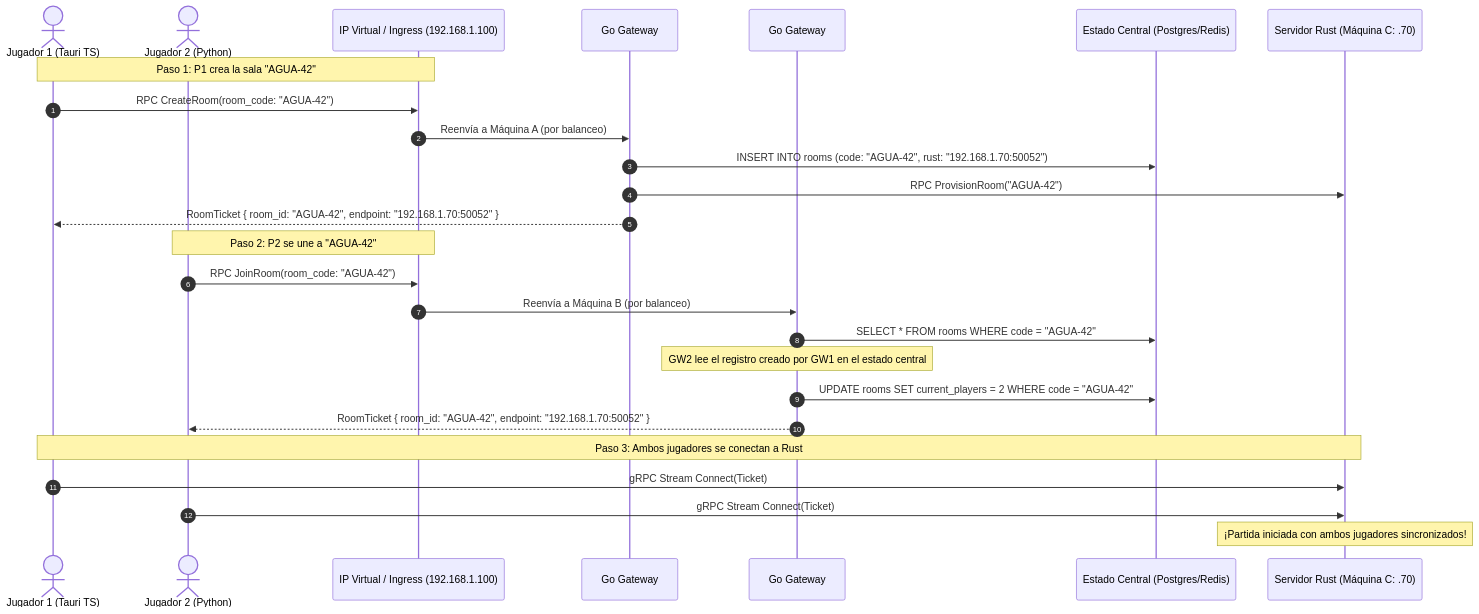
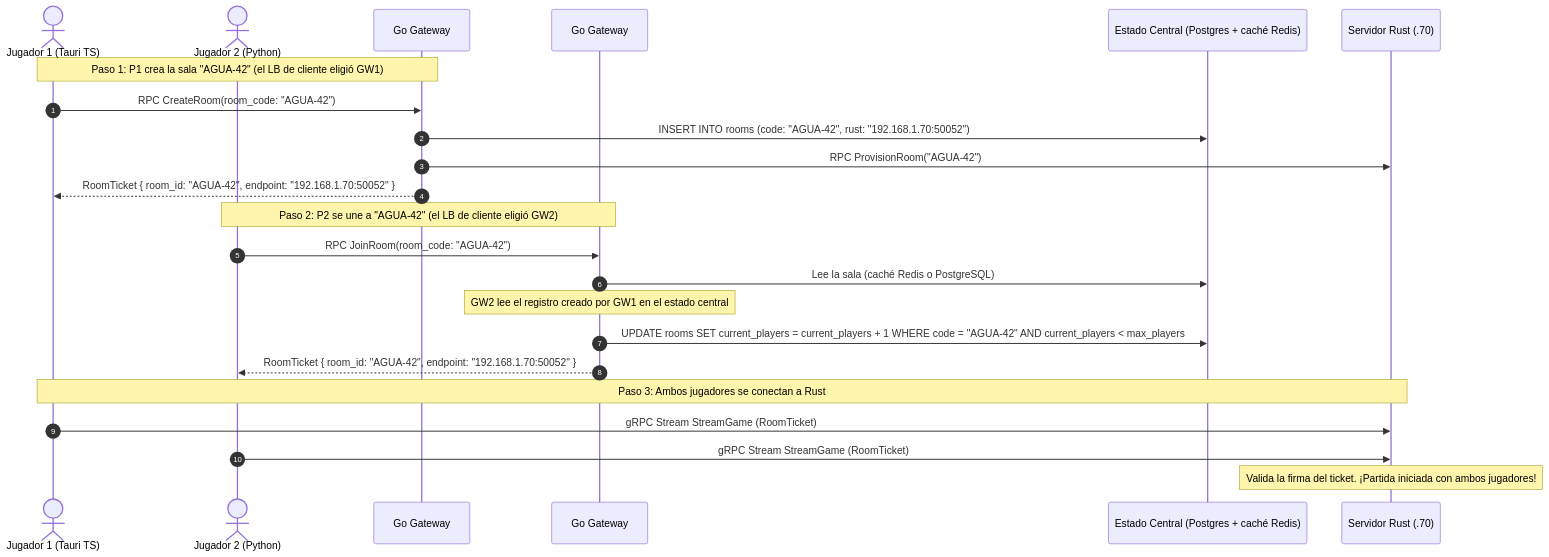
Before and after one commit to emiliofalconi/ecostream-3r: the diagram in docs/GATEWAYS_REDUNDANTES_Y_COMUNICACION.md, drawn with Mermaid. The commit also changed other lines of this file and 2 other files, not shown here.

Commit message:
docs: unificar punto de entrada (DNS + LB cliente), cola acotada, Redis como cache, gracia 10s y contratos en planificacion, UML y gateways

````diff
--- a/docs/GATEWAYS_REDUNDANTES_Y_COMUNICACION.md
+++ b/docs/GATEWAYS_REDUNDANTES_Y_COMUNICACION.md
@@ -150,31 +115,28 @@
 ```mermaid
 sequenceDiagram
     autonumber
     actor P1 as Jugador 1 (Tauri TS)
     actor P2 as Jugador 2 (Python)
-    participant VIP as IP Virtual / Ingress (192.168.1.100)
-    participant GW1 as Go Gateway #1 (Máquina A: .51)
-    participant GW2 as Go Gateway #2 (Máquina B: .52)
-    participant Shared as Estado Central (Postgres/Redis)
-    participant Rust as Servidor Rust (Máquina C: .70)
+    participant GW1 as Go Gateway #1 (.51)
+    participant GW2 as Go Gateway #2 (.52)
+    participant Shared as Estado Central (Postgres + caché Redis)
+    participant Rust as Servidor Rust (.70)
 
-    Note over P1,VIP: Paso 1: P1 crea la sala "AGUA-42"
-    P1->>VIP: RPC CreateRoom(room_code: "AGUA-42")
-    VIP->>GW1: Reenvía a Máquina A (por balanceo)
+    Note over P1,GW1: Paso 1: P1 crea la sala "AGUA-42" (el LB de cliente eligió GW1)
+    P1->>GW1: RPC CreateRoom(room_code: "AGUA-42")
     GW1->>Shared: INSERT INTO rooms (code: "AGUA-42", rust: "192.168.1.70:50052")
     GW1->>Rust: RPC ProvisionRoom("AGUA-42")
     GW1-->>P1: RoomTicket { room_id: "AGUA-42", endpoint: "192.168.1.70:50052" }
 
-    Note over P2,VIP: Paso 2: P2 se une a "AGUA-42"
-    P2->>VIP: RPC JoinRoom(room_code: "AGUA-42")
-    VIP->>GW2: Reenvía a Máquina B (por balanceo)
-    GW2->>Shared: SELECT * FROM rooms WHERE code = "AGUA-42"
+    Note over P2,GW2: Paso 2: P2 se une a "AGUA-42" (el LB de cliente eligió GW2)
+    P2->>GW2: RPC JoinRoom(room_code: "AGUA-42")
+    GW2->>Shared: Lee la sala (caché Redis o PostgreSQL)
     Note over GW2: GW2 lee el registro creado por GW1 en el estado central
-    GW2->>Shared: UPDATE rooms SET current_players = 2 WHERE code = "AGUA-42"
+    GW2->>Shared: UPDATE rooms SET current_players = current_players + 1 WHERE code = "AGUA-42" AND current_players < max_players
     GW2-->>P2: RoomTicket { room_id: "AGUA-42", endpoint: "192.168.1.70:50052" }
 
     Note over P1,Rust: Paso 3: Ambos jugadores se conectan a Rust
-    P1->>Rust: gRPC Stream Connect(Ticket)
-    P2->>Rust: gRPC Stream Connect(Ticket)
-    Note over Rust: ¡Partida iniciada con ambos jugadores sincronizados!
+    P1->>Rust: gRPC Stream StreamGame (RoomTicket)
+    P2->>Rust: gRPC Stream StreamGame (RoomTicket)
+    Note over Rust: Valida la firma del ticket. ¡Partida iniciada con ambos jugadores!
 ```
````
